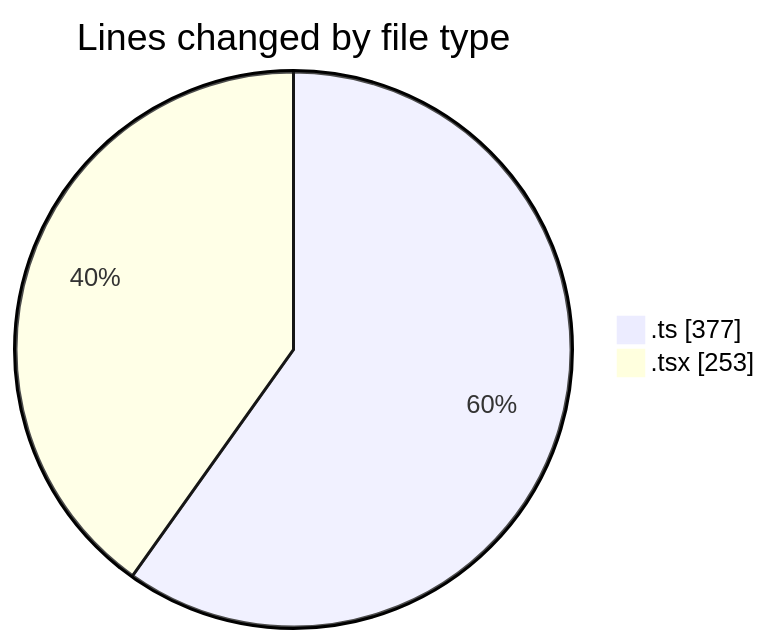
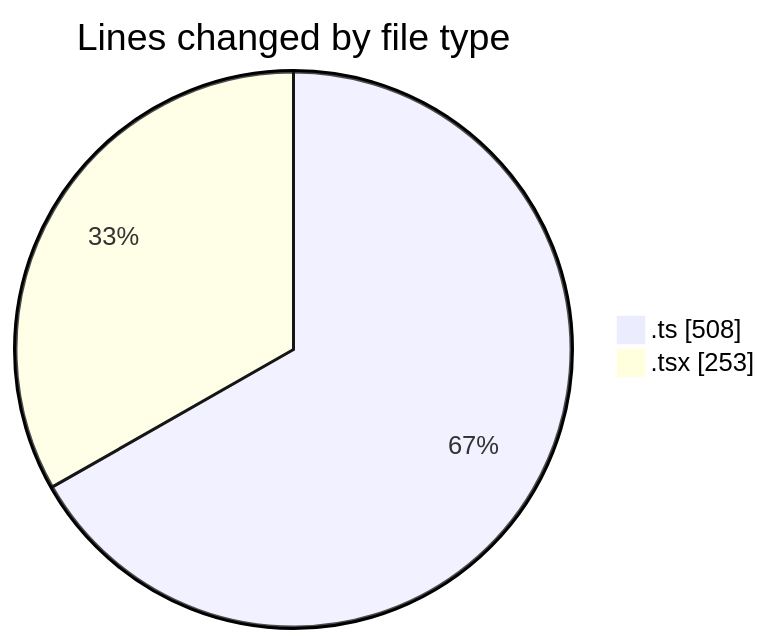
The first of 2 diagrams in 2025-07-14/cda/README.md (momahboobian/code-tracking), drawn with Mermaid before and after one commit. The commit also changed other lines of this file and 1 other file, not shown here.

````diff
--- a/2025-07-14/cda/README.md
+++ b/2025-07-14/cda/README.md
@@ -22,6 +23,6 @@
 ```mermaid
 pie showData
 title Lines changed by file type
-".ts" : 377
+".ts" : 508
 ".tsx" : 253
 ```
````
